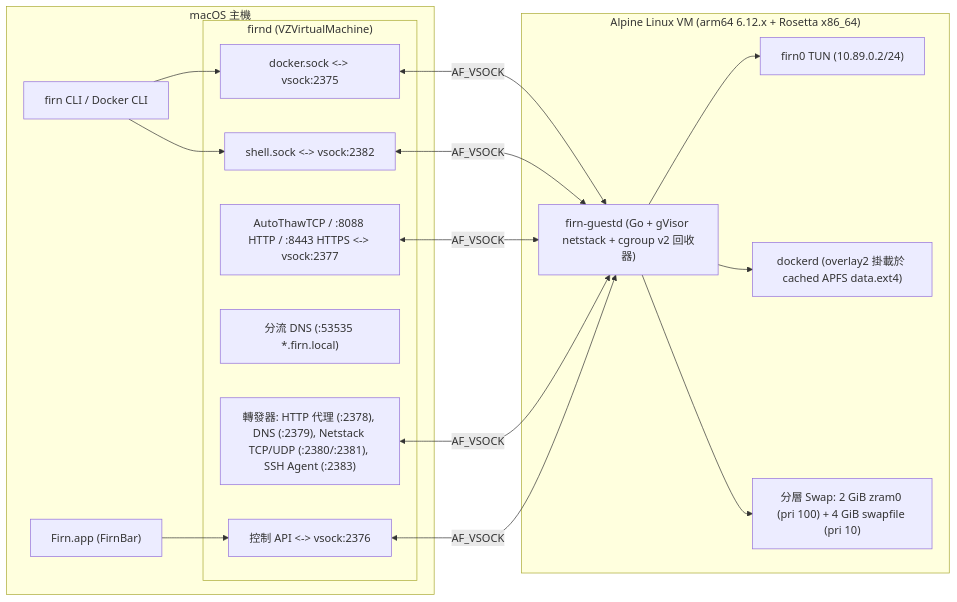
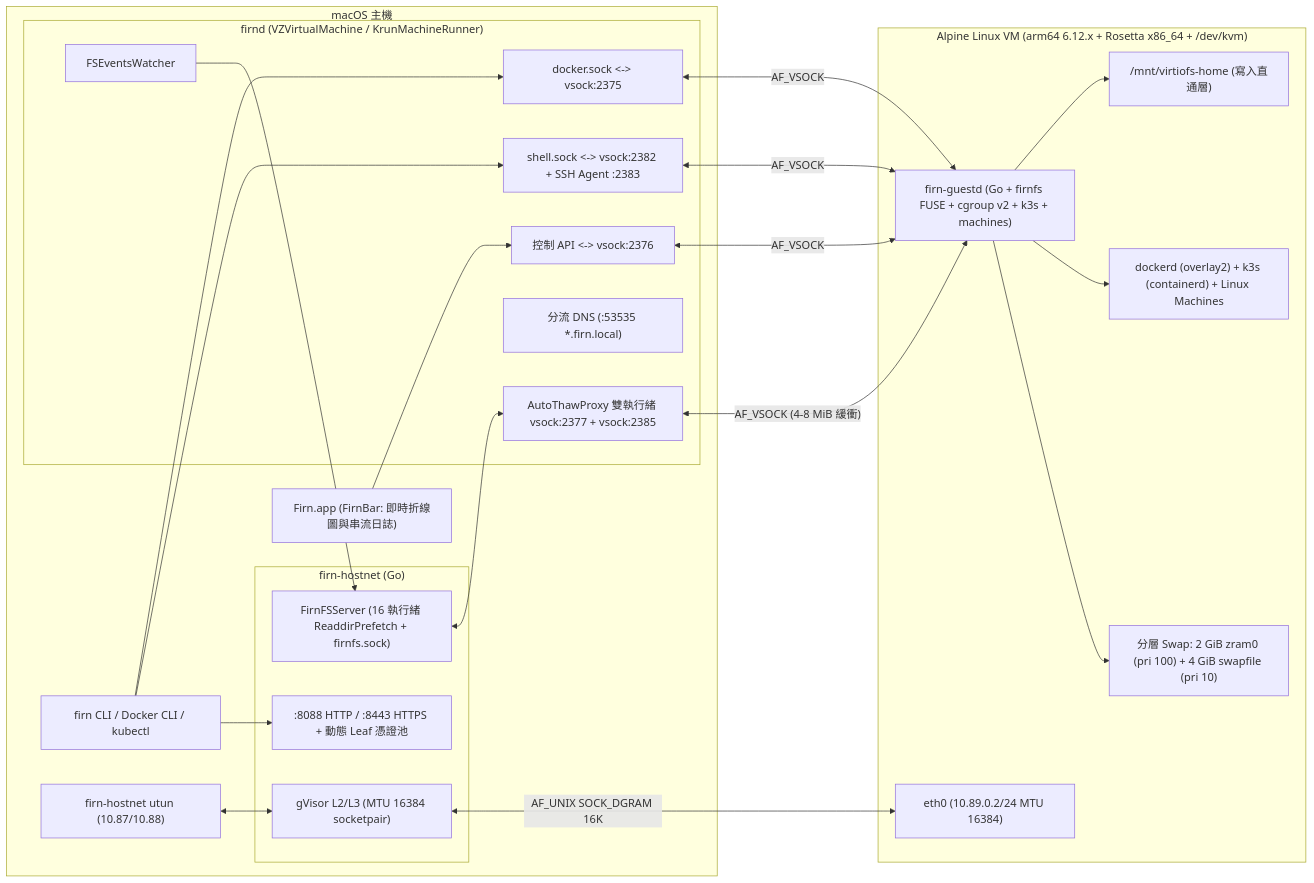
Before and after one commit to zxzinn/firn: the diagram in README.zh-TW.md, drawn with Mermaid. The commit also changed other lines of this file and 53 other files, not shown here.

Commit message:
feat: Firn v0.4.0 — firnfs, jumbo firn-hostnet, hibernate, k3s, machines & Metal GPU

````diff
--- a/README.zh-TW.md
+++ b/README.zh-TW.md
@@ -71,32 +71,43 @@
 ```mermaid
 flowchart LR
   subgraph macOS["macOS 主機"]
-    CLI["firn CLI / Docker CLI"]
-    Bar["Firn.app (FirnBar)"]
-    subgraph Daemon["firnd (VZVirtualMachine)"]
+    CLI["firn CLI / Docker CLI / kubectl"]
+    Bar["Firn.app (FirnBar: 即時折線圖與串流日誌)"]
+    UTUN["firn-hostnet utun (10.87/10.88)"]
+    subgraph Daemon["firnd (VZVirtualMachine / KrunMachineRunner)"]
+      FSW["FSEventsWatcher"]
       D["docker.sock <-> vsock:2375"]
       C["控制 API <-> vsock:2376"]
-      T["AutoThawTCP / :8088 HTTP / :8443 HTTPS <-> vsock:2377"]
+      T["AutoThawProxy 雙執行緒 vsock:2377 + vsock:2385"]
       DNS["分流 DNS (:53535 *.firn.local)"]
-      R["轉發器: HTTP 代理 (:2378), DNS (:2379), Netstack TCP/UDP (:2380/:2381), SSH Agent (:2383)"]
-      SH["shell.sock <-> vsock:2382"]
+      SH["shell.sock <-> vsock:2382 + SSH Agent :2383"]
+    end
+    subgraph HN["firn-hostnet (Go)"]
+      GV["gVisor L2/L3 (MTU 16384 socketpair)"]
+      TLS[":8088 HTTP / :8443 HTTPS + 動態 Leaf 憑證池"]
+      FSRV["FirnFSServer (16 執行緒 ReaddirPrefetch + firnfs.sock)"]
     end
   end
-  subgraph Linux["Alpine Linux VM (arm64 6.12.x + Rosetta x86_64)"]
-    GD["firn-guestd (Go + gVisor netstack + cgroup v2 回收器)"]
-    TUN["firn0 TUN (10.89.0.2/24)"]
-    DK["dockerd (overlay2 掛載於 cached APFS data.ext4)"]
+  subgraph Linux["Alpine Linux VM (arm64 6.12.x + Rosetta x86_64 + /dev/kvm)"]
+    GD["firn-guestd (Go + firnfs FUSE + cgroup v2 + k3s + machines)"]
+    ETH["eth0 (10.89.0.2/24 MTU 16384)"]
+    DK["dockerd (overlay2) + k3s (containerd) + Linux Machines"]
+    VFS["/mnt/virtiofs-home (寫入直通層)"]
     SW["分層 Swap: 2 GiB zram0 (pri 100) + 4 GiB swapfile (pri 10)"]
   end
   CLI --> D
   CLI --> SH
+  CLI --> TLS
+  UTUN <--> GV
   Bar --> C
+  FSW --> FSRV
+  T <-->|"AF_VSOCK (4-8 MiB 緩衝)"| GD
   D <-->|"AF_VSOCK"| GD
   C <-->|"AF_VSOCK"| GD
-  T <-->|"AF_VSOCK"| GD
-  R <-->|"AF_VSOCK"| GD
   SH <-->|"AF_VSOCK"| GD
-  GD --> TUN
+  GV <-->|"AF_UNIX SOCK_DGRAM 16K"| ETH
+  FSRV <--> T
+  GD --> VFS
   GD --> DK
   GD --> SW
 ```
````
